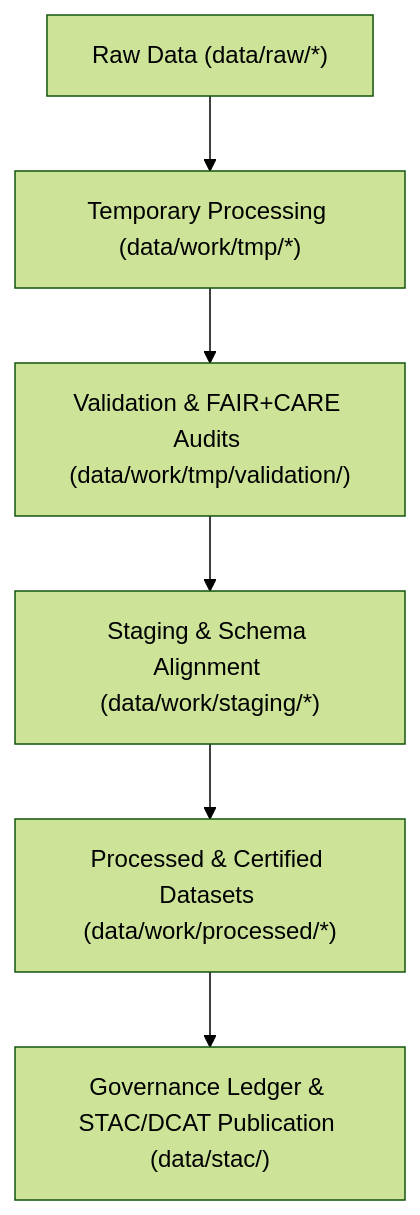
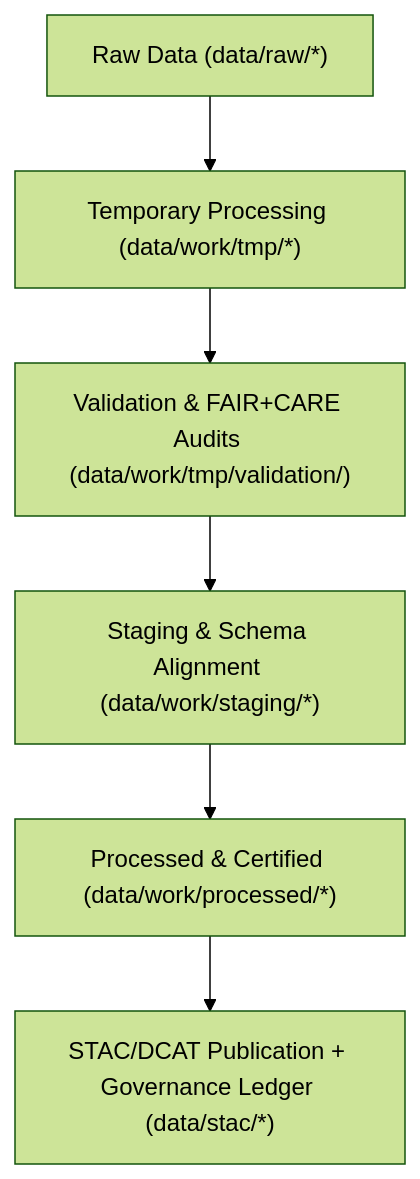
One commit to bartytime4life/Kansas-Frontier-Matrix changed the diagram in data/work/README.md. Above: the diagram before and after it, drawn with Mermaid (forest theme). The commit also changed other lines of this file, not shown here.

````diff
--- a/data/work/README.md
+++ b/data/work/README.md
@@ -83,8 +85,8 @@
 ```mermaid
 flowchart TD
     A["Raw Data (data/raw/*)"] --> B["Temporary Processing (data/work/tmp/*)"]
     B --> C["Validation & FAIR+CARE Audits (data/work/tmp/validation/)"]
     C --> D["Staging & Schema Alignment (data/work/staging/*)"]
-    D --> E["Processed & Certified Datasets (data/work/processed/*)"]
-    E --> F["Governance Ledger & STAC/DCAT Publication (data/stac/)"]
+    D --> E["Processed & Certified (data/work/processed/*)"]
+    E --> F["STAC/DCAT Publication + Governance Ledger (data/stac/*)"]
 ```
````
